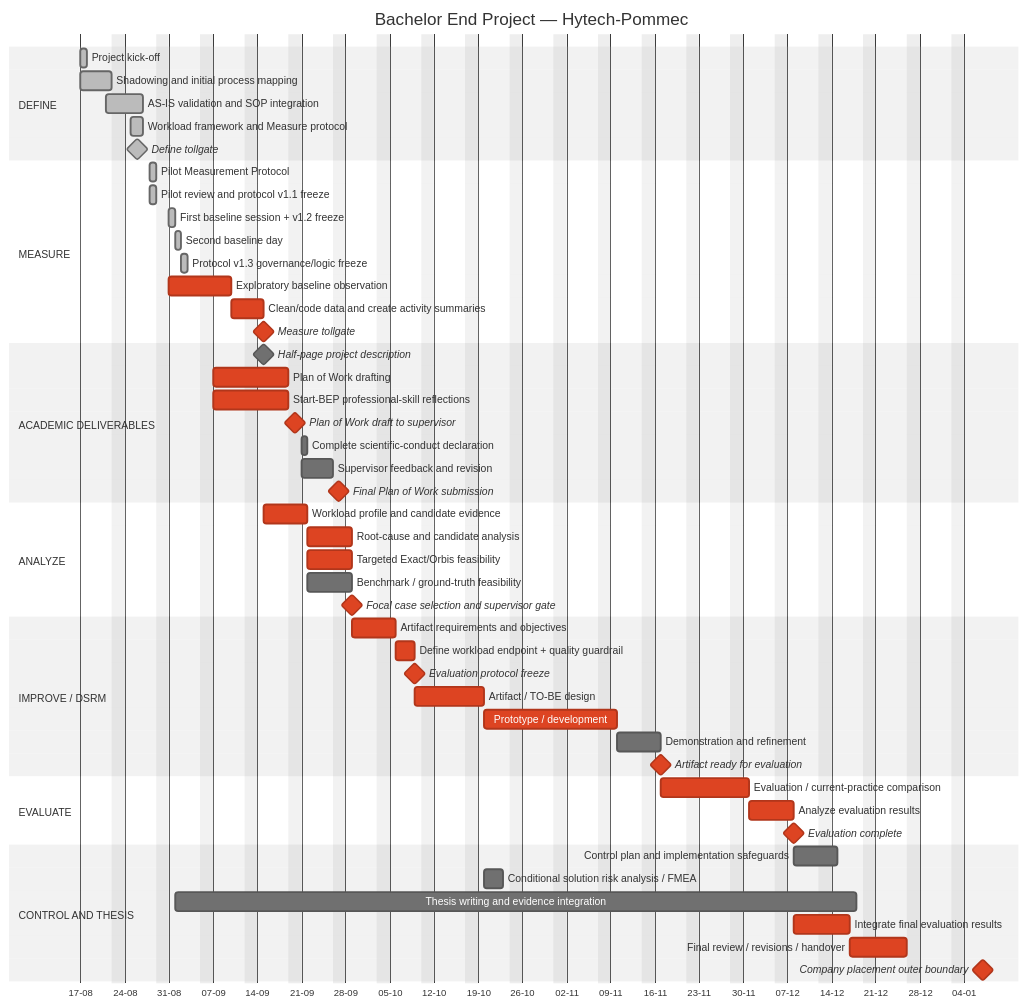
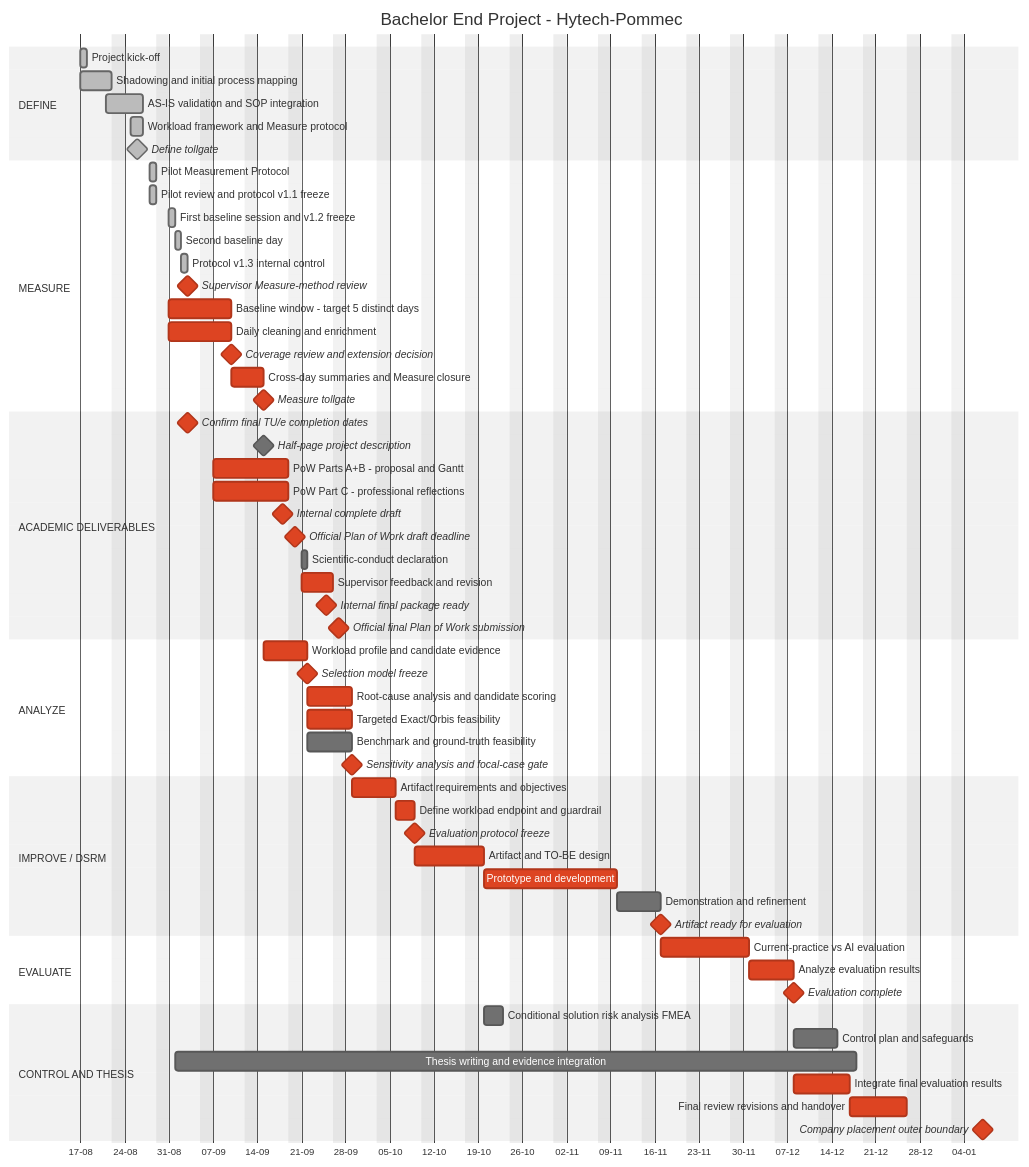
One commit to Luuuuuig/Bachelor-End-Project changed the diagram in docs/Project_Timeline.md. Above: the diagram before and after it, drawn with Mermaid (neutral theme). The commit also changed other lines of this file and 5 other files, not shown here.

Commit message:
Clarify Measure validity, untimed SEND tally, agenda, and Gantt

````diff
--- a/docs/Project_Timeline.md
+++ b/docs/Project_Timeline.md
@@ -24,64 +26,71 @@
 ```mermaid
 gantt
-    title Bachelor End Project — Hytech-Pommec
+    title Bachelor End Project - Hytech-Pommec
     dateFormat  YYYY-MM-DD
     axisFormat  %d-%m
     tickInterval 1week
     weekday monday
-    excludes    weekends
+    excludes weekends
 
     section DEFINE
     Project kick-off                         :done, d1, 2026-08-17, 1d
     Shadowing and initial process mapping    :done, d2, 2026-08-17, 5d
     AS-IS validation and SOP integration     :done, d3, 2026-08-21, 4d
     Workload framework and Measure protocol  :done, d4, 2026-08-25, 2d
     Define tollgate                          :milestone, done, dm, 2026-08-26, 0d
 
     section MEASURE
     Pilot Measurement Protocol               :done, m1, 2026-08-28, 1d
     Pilot review and protocol v1.1 freeze    :done, m2, 2026-08-28, 1d
-    First baseline session + v1.2 freeze       :done, m2b, 2026-08-31, 1d
-    Second baseline day                         :done, m2c, 2026-09-01, 1d
-    Protocol v1.3 governance/logic freeze       :done, m2d, 2026-09-02, 1d
-    Exploratory baseline observation         :crit, m3, 2026-08-31, 8d
-    Clean/code data and create activity summaries:crit, m4, after m3, 3d
-    Measure tollgate                         :milestone, crit, mm, after m4, 0d
+    First baseline session and v1.2 freeze   :done, m2b, 2026-08-31, 1d
+    Second baseline day                      :done, m2c, 2026-09-01, 1d
+    Protocol v1.3 internal control           :done, m2d, 2026-09-02, 1d
+    Supervisor Measure-method review         :milestone, crit, m2e, 2026-09-03, 0d
+    Baseline window - target 5 distinct days :crit, m3, 2026-08-31, 8d
+    Daily cleaning and enrichment            :crit, m4a, 2026-08-31, 8d
+    Coverage review and extension decision   :milestone, crit, m3a, after m3, 0d
+    Cross-day summaries and Measure closure  :crit, m4b, after m3a, 3d
+    Measure tollgate                         :milestone, crit, mm, after m4b, 0d
 
     section ACADEMIC DELIVERABLES
+    Confirm final TU/e completion dates      :milestone, crit, ad0, 2026-09-03, 0d
     Half-page project description            :milestone, ad1, 2026-09-15, 0d
-    Plan of Work drafting                    :crit, ad2, 2026-09-07, 10d
-    Start-BEP professional-skill reflections :crit, ad2b, 2026-09-07, 10d
-    Plan of Work draft to supervisor         :milestone, crit, ad3, 2026-09-20, 0d
-    Complete scientific-conduct declaration  :ad3b, 2026-09-21, 1d
-    Supervisor feedback and revision         :ad4, 2026-09-21, 5d
-    Final Plan of Work submission            :milestone, crit, ad5, 2026-09-27, 0d
+    PoW Parts A+B - proposal and Gantt       :crit, ad2, 2026-09-07, 10d
+    PoW Part C - professional reflections    :crit, ad2b, 2026-09-07, 10d
+    Internal complete draft                  :milestone, crit, ad2c, 2026-09-18, 0d
+    Official Plan of Work draft deadline     :milestone, crit, ad3, 2026-09-20, 0d
+    Scientific-conduct declaration           :ad3b, 2026-09-21, 1d
+    Supervisor feedback and revision         :crit, ad4, 2026-09-21, 5d
+    Internal final package ready             :milestone, crit, ad4b, 2026-09-25, 0d
+    Official final Plan of Work submission   :milestone, crit, ad5, 2026-09-27, 0d
 
     section ANALYZE
-    Workload profile and candidate evidence  :crit, a1, after m4, 5d
-    Root-cause and candidate analysis        :crit, a2, after a1, 5d
+    Workload profile and candidate evidence  :crit, a1, after m4b, 5d
+    Selection model freeze                   :milestone, crit, a1b, after a1, 0d
+    Root-cause analysis and candidate scoring:crit, a2, after a1b, 5d
     Targeted Exact/Orbis feasibility         :crit, a3, after a1, 5d
-    Benchmark / ground-truth feasibility     :a4, after a1, 5d
-    Focal case selection and supervisor gate :milestone, crit, a5, after a2 a3 a4, 0d
+    Benchmark and ground-truth feasibility   :a4, after a1, 5d
+    Sensitivity analysis and focal-case gate :milestone, crit, a5, after a2 a3 a4, 0d
 
     section IMPROVE / DSRM
     Artifact requirements and objectives     :crit, i1, after a5, 5d
-    Define workload endpoint + quality guardrail:crit, i1b, after i1, 3d
+    Define workload endpoint and guardrail   :crit, i1b, after i1, 3d
     Evaluation protocol freeze               :milestone, crit, i1c, after i1b, 0d
-    Artifact / TO-BE design                  :crit, i2, after i1c, 7d
-    Prototype / development                  :crit, i3, after i2, 15d
+    Artifact and TO-BE design                :crit, i2, after i1c, 7d
+    Prototype and development                :crit, i3, after i2, 15d
     Demonstration and refinement             :i4, after i3, 5d
     Artifact ready for evaluation            :milestone, crit, i6, after i4, 0d
 
     section EVALUATE
-    Evaluation / current-practice comparison :crit, e1, after i6, 10d
+    Current-practice vs AI evaluation        :crit, e1, after i6, 10d
     Analyze evaluation results               :crit, e2, after e1, 5d
     Evaluation complete                      :milestone, crit, e3, after e2, 0d
 
     section CONTROL AND THESIS
-    Control plan and implementation safeguards:c1, after e2, 5d
-    Conditional solution risk analysis / FMEA:c2, after i2, 3d
+    Conditional solution risk analysis FMEA :c2, after i2, 3d
+    Control plan and safeguards              :c1, after e2, 5d
     Thesis writing and evidence integration  :t1, 2026-09-01, 2026-12-18
-    Integrate final evaluation results        :crit, t2, after e2, 7d
-    Final review / revisions / handover       :crit, t3, after t2, 7d
-    Company placement outer boundary          :milestone, crit, t4, 2027-01-07, 0d
+    Integrate final evaluation results       :crit, t2, after e2, 7d
+    Final review revisions and handover      :crit, t3, after t2, 7d
+    Company placement outer boundary         :milestone, crit, t4, 2027-01-07, 0d
 ```
````
